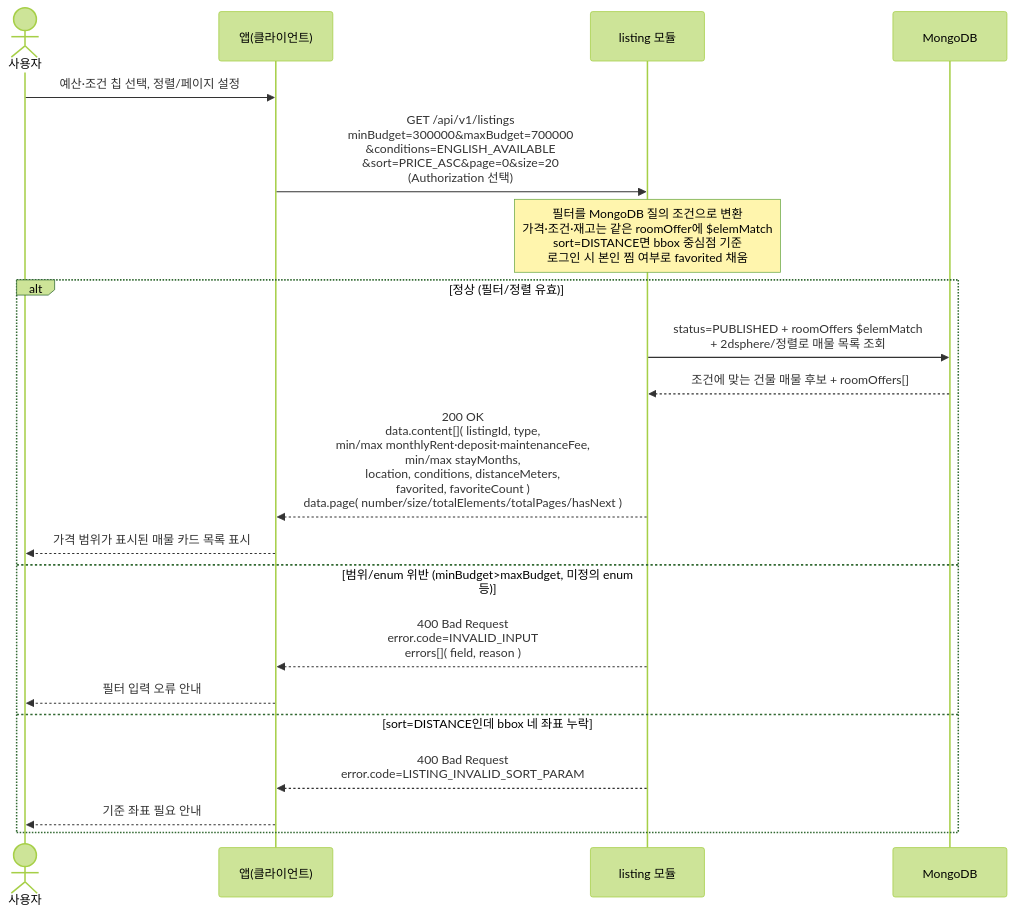
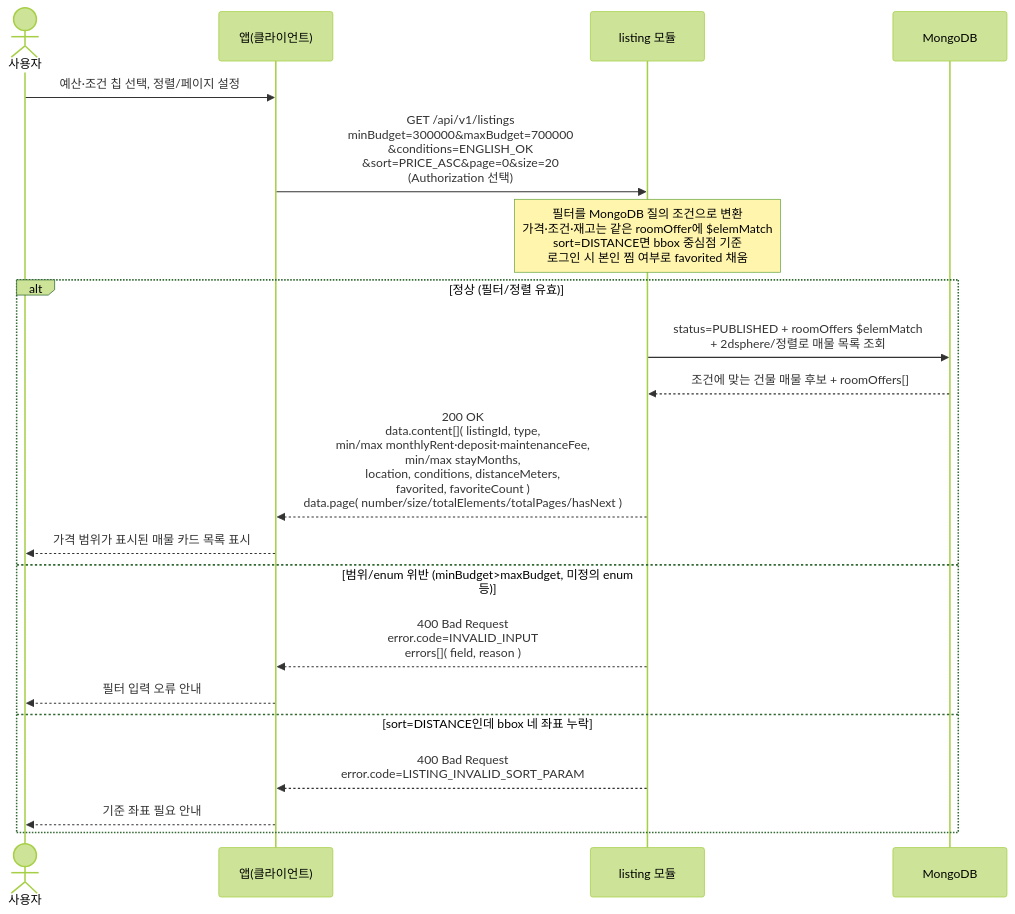
The diagram in docs/architecture/sequence-diagrams/03-listings-favorites/us-3-1-listing-list-explore.md (jameskim9509/Kohere-backend), drawn with Mermaid (forest theme) before and after one commit. The commit also changed 18 other files, not shown here.

````diff
--- a/docs/architecture/sequence-diagrams/03-listings-favorites/us-3-1-listing-list-explore.md
+++ b/docs/architecture/sequence-diagrams/03-listings-favorites/us-3-1-listing-list-explore.md
@@ -5,23 +5,23 @@
 ```mermaid
 sequenceDiagram
     actor U as 사용자
     participant C as 앱(클라이언트)
     participant LIST as listing 모듈
     participant DB as MongoDB
 
     U->>C: 예산·조건 칩 선택, 정렬/페이지 설정
-    C->>LIST: GET /api/v1/listings<br/>minBudget=300000&maxBudget=700000<br/>&conditions=ENGLISH_AVAILABLE<br/>&sort=PRICE_ASC&page=0&size=20<br/>(Authorization 선택)
+    C->>LIST: GET /api/v1/listings<br/>minBudget=300000&maxBudget=700000<br/>&conditions=ENGLISH_OK<br/>&sort=PRICE_ASC&page=0&size=20<br/>(Authorization 선택)
     Note over LIST: 필터를 MongoDB 질의 조건으로 변환<br/>가격·조건·재고는 같은 roomOffer에 $elemMatch<br/>sort=DISTANCE면 bbox 중심점 기준<br/>로그인 시 본인 찜 여부로 favorited 채움
     alt 정상 (필터/정렬 유효)
         LIST->>DB: status=PUBLISHED + roomOffers $elemMatch<br/>+ 2dsphere/정렬로 매물 목록 조회
         DB-->>LIST: 조건에 맞는 건물 매물 후보 + roomOffers[]
         LIST-->>C: 200 OK<br/>data.content[]( listingId, type,<br/>min/max monthlyRent·deposit·maintenanceFee,<br/>min/max stayMonths,<br/>location, conditions, distanceMeters,<br/>favorited, favoriteCount )<br/>data.page( number/size/totalElements/totalPages/hasNext )
         C-->>U: 가격 범위가 표시된 매물 카드 목록 표시
     else 범위/enum 위반 (minBudget>maxBudget, 미정의 enum 등)
         LIST-->>C: 400 Bad Request<br/>error.code=INVALID_INPUT<br/>errors[]( field, reason )
         C-->>U: 필터 입력 오류 안내
     else sort=DISTANCE인데 bbox 네 좌표 누락
         LIST-->>C: 400 Bad Request<br/>error.code=LISTING_INVALID_SORT_PARAM
         C-->>U: 기준 좌표 필요 안내
     end
 ```
````
